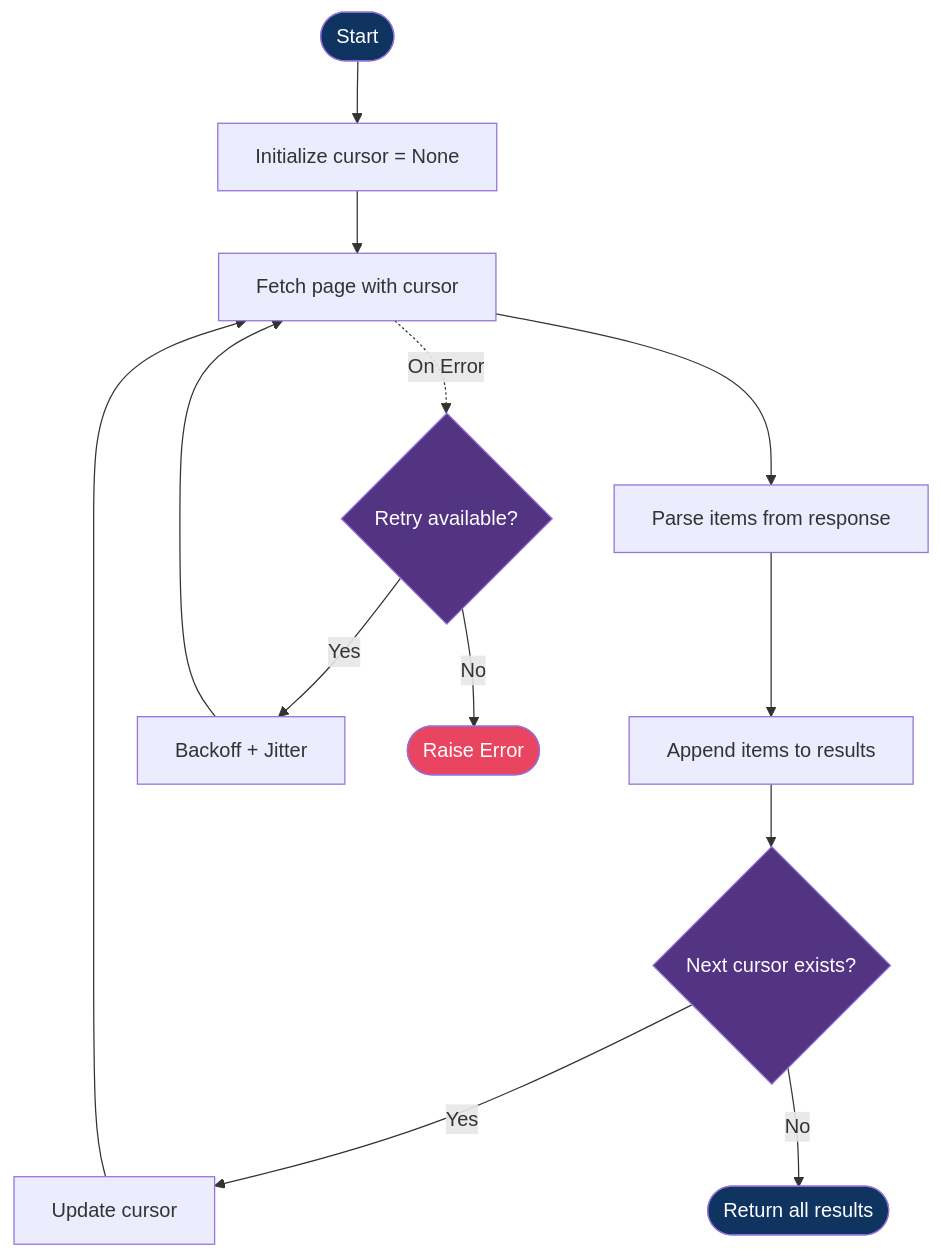
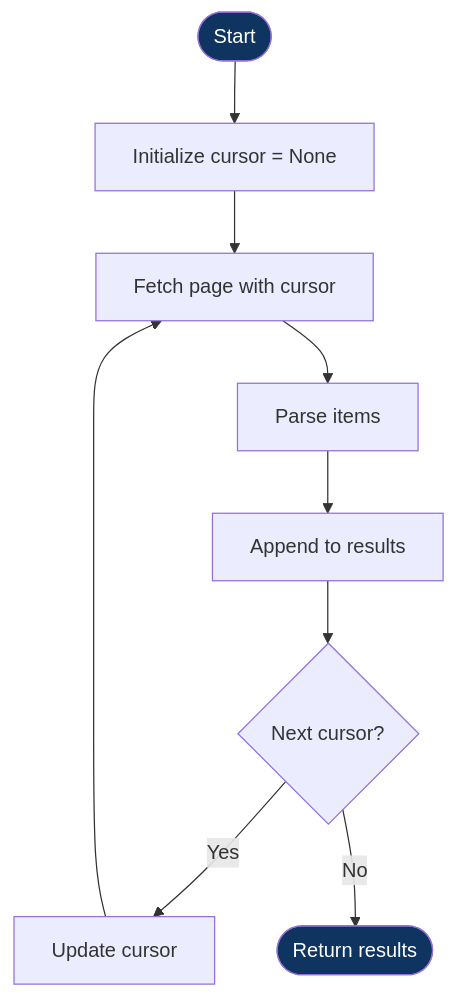
Before and after one commit to pankaj-kumar-techie/social-media-sdk: the fifth of 7 diagrams in docs/architecture.md, drawn with Mermaid. The commit also changed other lines of this file and 8 other files, not shown here.

Commit message:
Refactor README for clarity and add detailed architecture documentation.

````diff
--- a/docs/architecture.md
+++ b/docs/architecture.md
@@ -222,20 +207,13 @@
 ```mermaid
 flowchart TD
     START([Start]) --> INIT[Initialize cursor = None]
     INIT --> FETCH[Fetch page with cursor]
-    FETCH --> PARSE[Parse items from response]
-    PARSE --> APPEND[Append items to results]
-    APPEND --> CHECK{Next cursor exists?}
+    FETCH --> PARSE[Parse items]
+    PARSE --> APPEND[Append to results]
+    APPEND --> CHECK{Next cursor?}
     CHECK -->|Yes| UPDATE[Update cursor] --> FETCH
-    CHECK -->|No| DONE([Return all results])
-
-    FETCH -.->|On Error| RETRY{Retry available?}
-    RETRY -->|Yes| WAIT[Backoff + Jitter] --> FETCH
-    RETRY -->|No| FAIL([Raise Error])
+    CHECK -->|No| DONE([Return results])
 
     style START fill:#0f3460,color:#fff
     style DONE fill:#0f3460,color:#fff
-    style FAIL fill:#e94560,color:#fff
-    style CHECK fill:#533483,color:#fff
-    style RETRY fill:#533483,color:#fff
 ```
````
